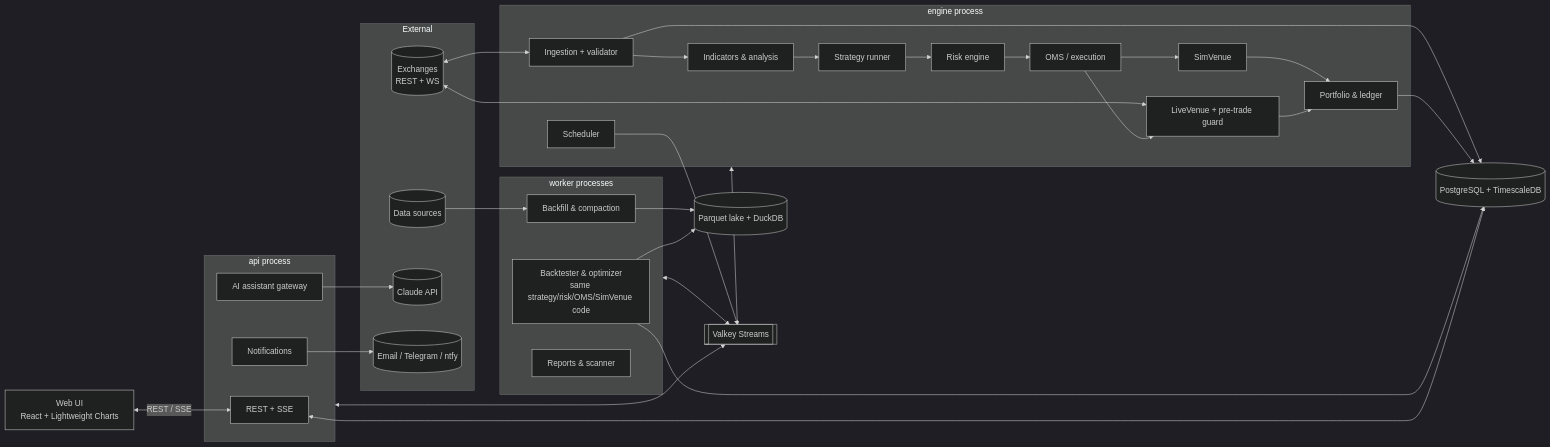
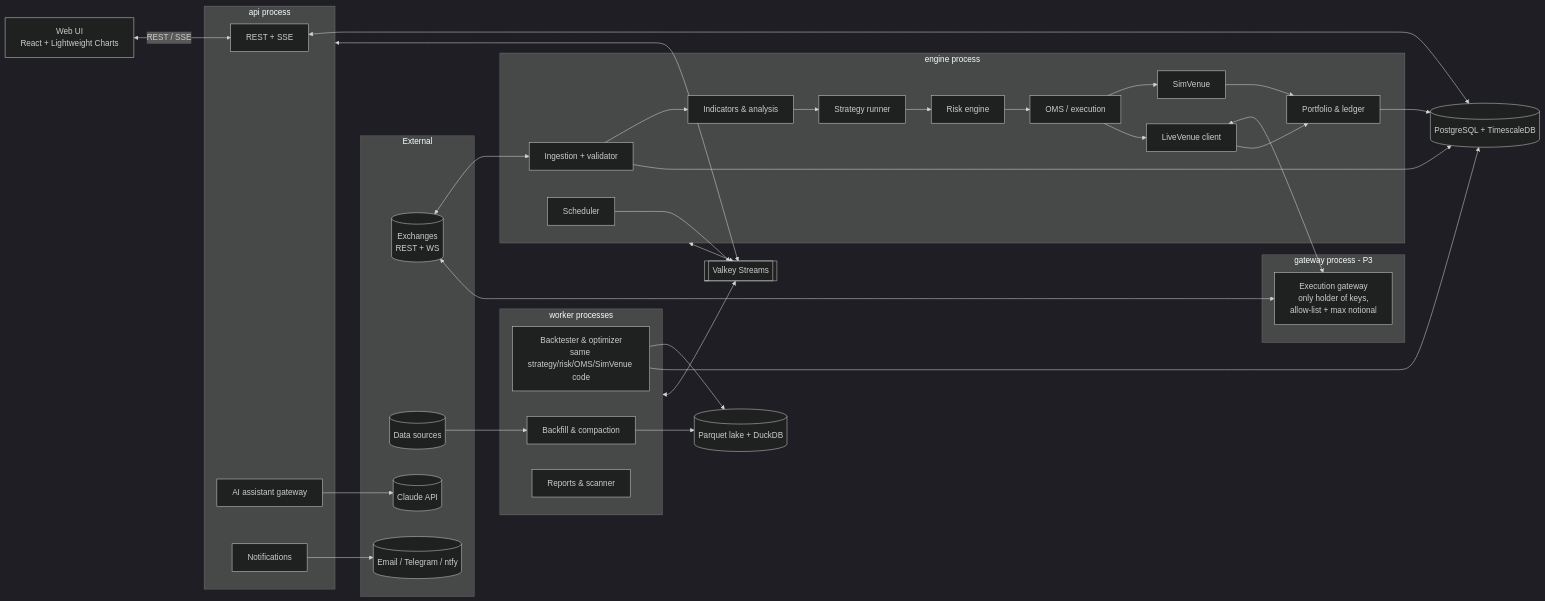
Before and after one commit to richiesomething/Ubik: the first of 3 diagrams in docs/planning/06-data-and-architecture.md, drawn with Mermaid (dark theme). The commit also changed other lines of this file, not shown here.

First line of the commit message:
docs: add data and architecture planning

````diff
--- a/docs/planning/06-data-and-architecture.md
+++ b/docs/planning/06-data-and-architecture.md
@@ -251,54 +251,58 @@
 ```mermaid
 flowchart LR
   subgraph EXT[External]
     EX[(Exchanges<br/>REST + WS)]
     DSRC[(Data sources)]
     LLM[(Claude API)]
     PUSH[(Email / Telegram / ntfy)]
   end
   subgraph ENG[engine process]
     ING[Ingestion + validator]
     IND[Indicators & analysis]
     STR[Strategy runner]
     RISK[Risk engine]
     OMS[OMS / execution]
     SIM[SimVenue]
-    LIVE[LiveVenue + pre-trade guard]
+    LIVE[LiveVenue client]
     LED[Portfolio & ledger]
     SCH[Scheduler]
+  end
+  subgraph GWP[gateway process - P3]
+    GW[Execution gateway<br/>only holder of keys,<br/>allow-list + max notional]
   end
   subgraph WRK[worker processes]
     BT[Backtester & optimizer<br/>same strategy/risk/OMS/SimVenue code]
     BF[Backfill & compaction]
     REP[Reports & scanner]
   end
   subgraph APIP[api process]
     API[REST + SSE]
     AST[AI assistant gateway]
     NOTI[Notifications]
   end
   UI[Web UI<br/>React + Lightweight Charts]
   PG[(PostgreSQL + TimescaleDB)]
   LAKE[(Parquet lake + DuckDB)]
   BUS[[Valkey Streams]]
 
   EX <--> ING
-  EX <--> LIVE
+  LIVE <--> GW
+  GW <--> EX
   DSRC --> BF
   ING --> IND --> STR --> RISK --> OMS
   OMS --> SIM --> LED
   OMS --> LIVE --> LED
   ING --> PG
   LED --> PG
   BF --> LAKE
   BT --> LAKE
   BT --> PG
   ENG <--> BUS
   WRK <--> BUS
   APIP <--> BUS
   API <--> PG
   UI <-->|REST / SSE| API
   AST --> LLM
   NOTI --> PUSH
   SCH --> BUS
 ```
````
